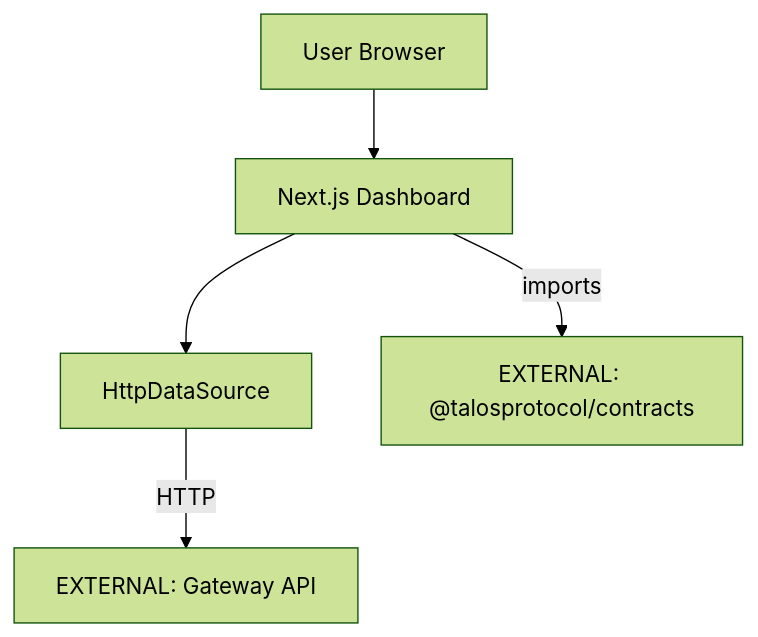
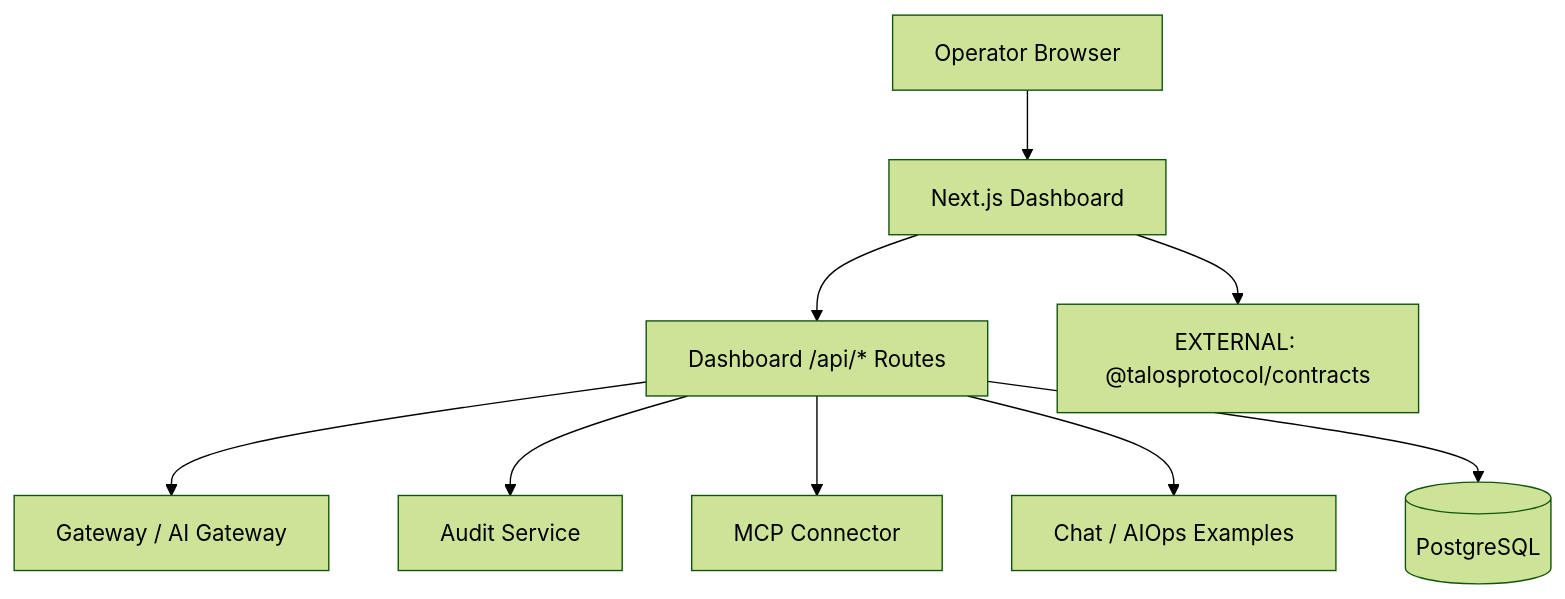
The diagram in docs/wiki/Architecture.md (talosprotocol/talos-dashboard), drawn with Mermaid (forest theme) before and after one commit. The commit also changed other lines of this file and 79 other files, not shown here.

````diff
--- a/docs/wiki/Architecture.md
+++ b/docs/wiki/Architecture.md
@@ -45,7 +51,11 @@
 ```mermaid
 graph TD
-    User[User Browser] --> Dashboard[Next.js Dashboard]
-    Dashboard --> DataSource[HttpDataSource]
-    DataSource --> |HTTP| Gateway[EXTERNAL: Gateway API]
-    Dashboard --> |imports| Contracts[EXTERNAL: @talosprotocol/contracts]
+    User[Operator Browser] --> Dashboard[Next.js Dashboard]
+    Dashboard --> Routes[Dashboard /api/* Routes]
+    Routes --> Gateway[Gateway / AI Gateway]
+    Routes --> Audit[Audit Service]
+    Routes --> Connector[MCP Connector]
+    Routes --> Examples[Chat / AIOps Examples]
+    Routes --> Postgres[(PostgreSQL)]
+    Dashboard --> Contracts[EXTERNAL: @talosprotocol/contracts]
 ```
````
